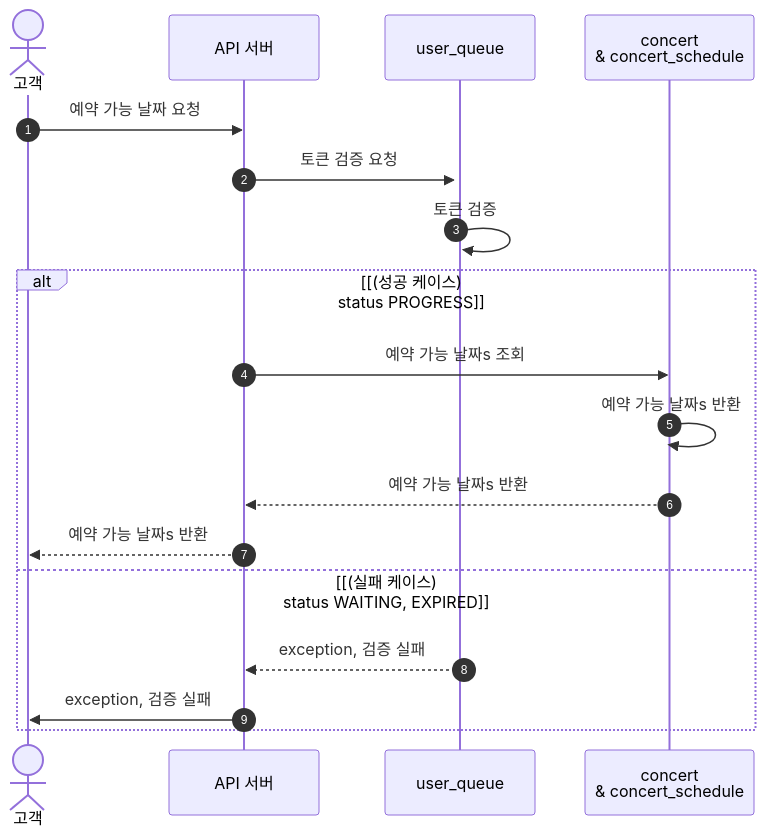
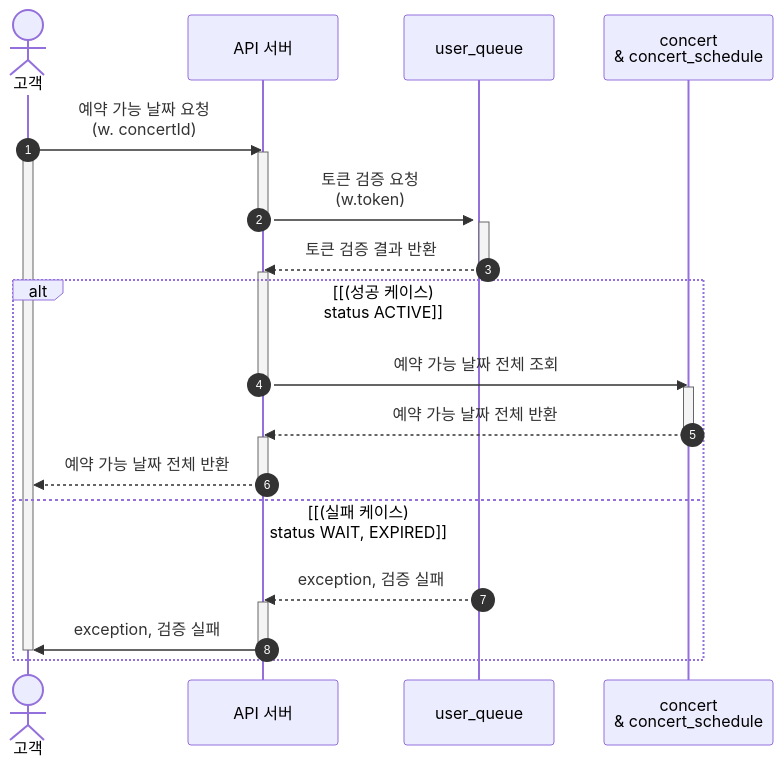
Before and after one commit to hwivelop/concert-reservation: the fourth of 9 diagrams in docs/SEQUENCE.md, drawn with Mermaid. The commit also changed other lines of this file and 3 other files, not shown here.

````diff
--- a/docs/SEQUENCE.md
+++ b/docs/SEQUENCE.md
@@ -44,24 +127,37 @@
 ```mermaid
 sequenceDiagram
     autonumber
 %%  선언부
     actor member as 고객
     participant api as API 서버
     participant queue as user_queue
     participant concert as concert <br>& concert_schedule
 %%  구현부
-    member ->> api: 예약 가능 날짜 요청
-    api ->>+ queue: 토큰 검증 요청
-    queue ->> queue: 토큰 검증
+    member ->> api: 예약 가능 날짜 요청<br>(w. concertId)
+    activate member
+    activate api
+    api ->>+ queue: 토큰 검증 요청<br>(w.token)
+    deactivate api
+    activate queue
+    queue -->> api: 토큰 검증 결과 반환
+    deactivate queue
+    activate api
 
-    alt [(성공 케이스)<br>status PROGRESS]
-        api ->> concert: 예약 가능 날짜s 조회
-        concert ->> concert: 예약 가능 날짜s 반환
-        concert -->> api: 예약 가능 날짜s 반환
-        api -->> member: 예약 가능 날짜s 반환
-    else [(실패 케이스)<br>status WAITING, EXPIRED]
+    alt [(성공 케이스)<br>status ACTIVE]
+        api ->> concert: 예약 가능 날짜 전체 조회
+        deactivate api
+        activate concert
+        concert -->> api: 예약 가능 날짜 전체 반환
+        deactivate concert
+        activate api
+        api -->> member: 예약 가능 날짜 전체 반환
+        deactivate api
+    else [(실패 케이스)<br>status WAIT, EXPIRED]
         queue -->> api: exception, 검증 실패
+        activate api
         api ->> member: exception, 검증 실패
+        deactivate api
+        deactivate member
     end
 
 ```
````
